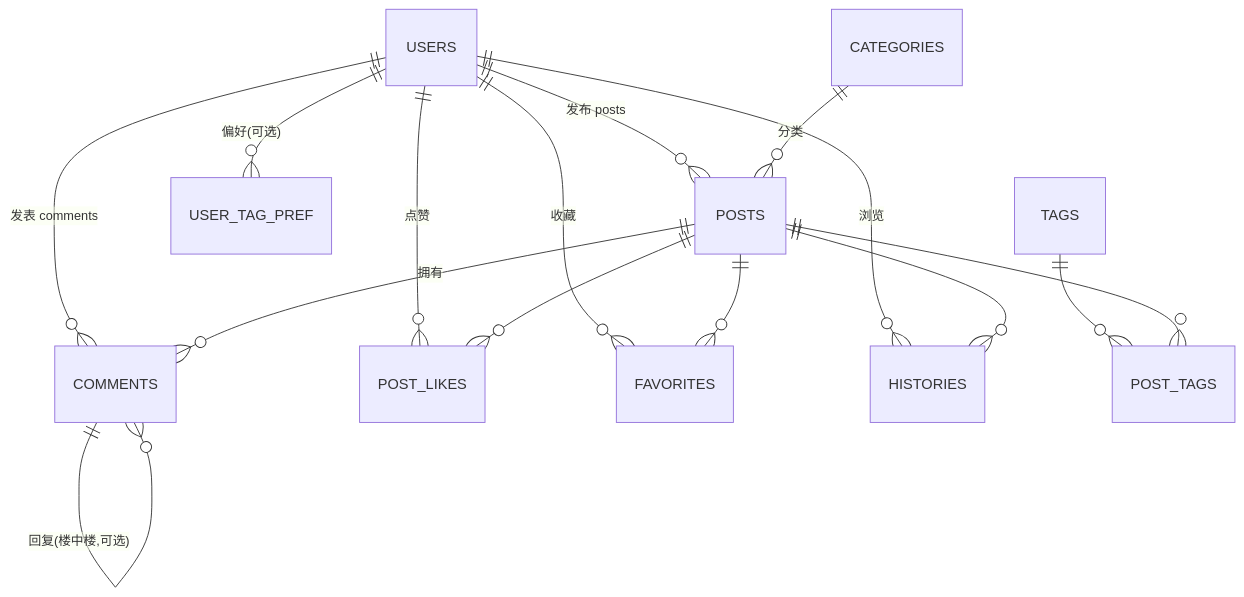
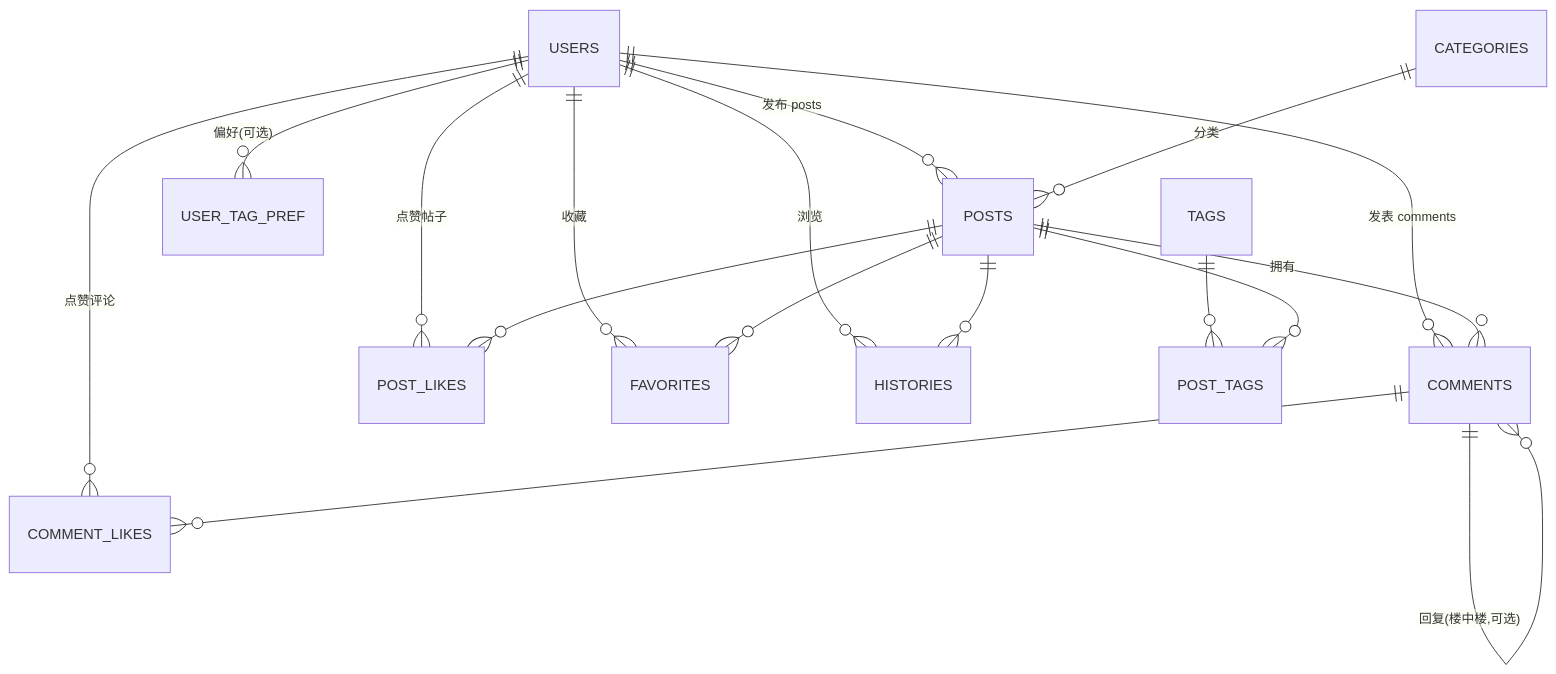
Before and after one commit to YangKunYi24320314/postingweb: the diagram in docs/database-schema.md, drawn with Mermaid. The commit also changed other lines of this file and 4 other files, not shown here.

````diff
--- a/docs/database-schema.md
+++ b/docs/database-schema.md
@@ -8,19 +8,21 @@
 ```mermaid
 erDiagram
     USERS ||--o{ POSTS : "发布 posts"
     USERS ||--o{ COMMENTS : "发表 comments"
-    USERS ||--o{ POST_LIKES : "点赞"
+    USERS ||--o{ POST_LIKES : "点赞帖子"
+    USERS ||--o{ COMMENT_LIKES : "点赞评论"
     USERS ||--o{ FAVORITES : "收藏"
     USERS ||--o{ HISTORIES : "浏览"
     USERS ||--o{ USER_TAG_PREF : "偏好(可选)"
 
     CATEGORIES ||--o{ POSTS : "分类"
     TAGS ||--o{ POST_TAGS : ""
     POSTS ||--o{ POST_TAGS : ""
     POSTS ||--o{ COMMENTS : "拥有"
     POSTS ||--o{ POST_LIKES : ""
     POSTS ||--o{ FAVORITES : ""
     POSTS ||--o{ HISTORIES : ""
 
     COMMENTS ||--o{ COMMENTS : "回复(楼中楼,可选)"
+    COMMENTS ||--o{ COMMENT_LIKES : ""
 ```
````
